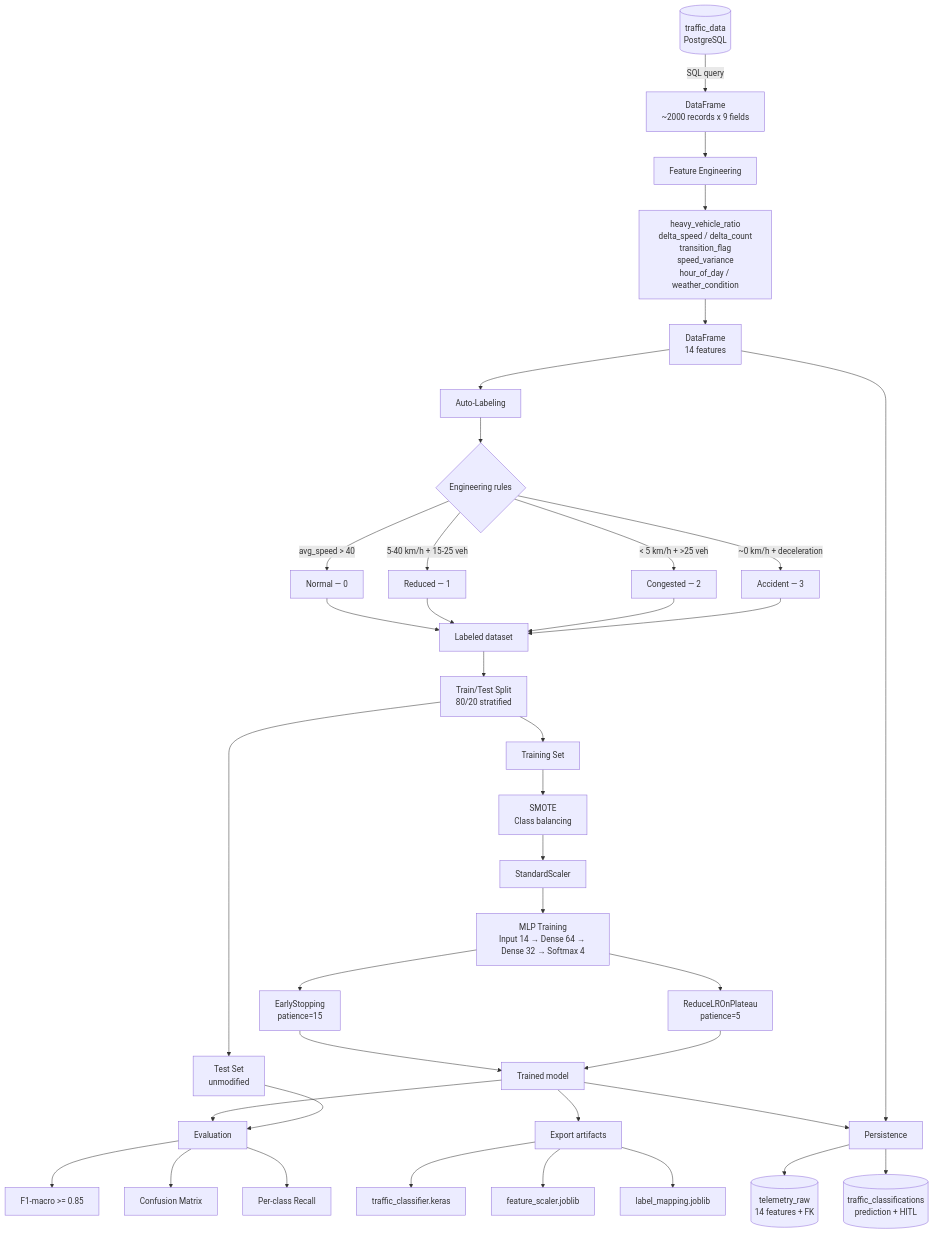
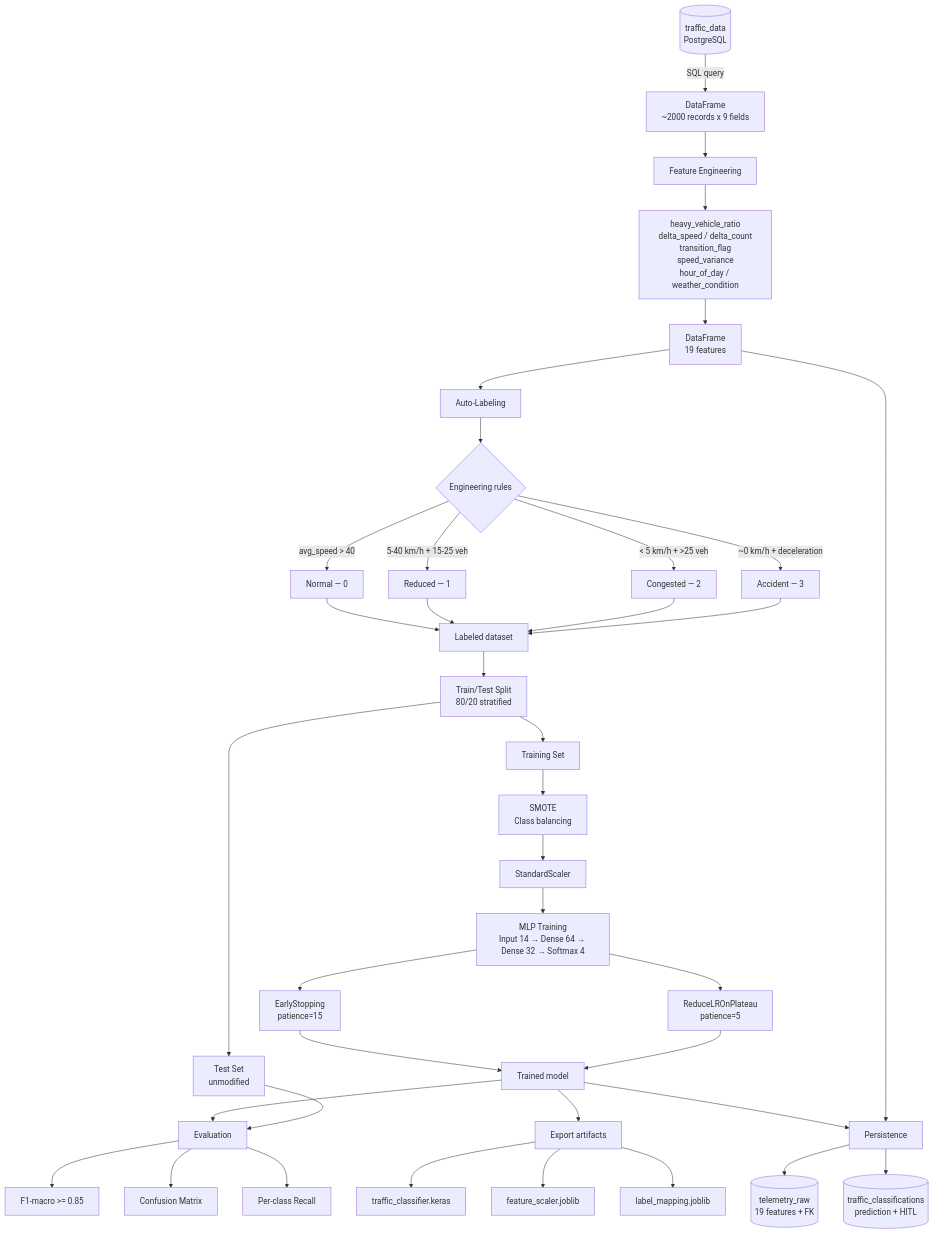
The diagram in docs/architecture/diagrams/intelligence-pipeline.md (aka-titesen/vaaet), drawn with Mermaid before and after one commit. The commit also changed other lines of this file and 114 other files, not shown here.

````diff
--- a/docs/architecture/diagrams/intelligence-pipeline.md
+++ b/docs/architecture/diagrams/intelligence-pipeline.md
@@ -8,46 +8,46 @@
 ```mermaid
 flowchart TD
     A[(traffic_data<br/>PostgreSQL)] -->|SQL query| B[DataFrame<br/>~2000 records x 9 fields]
 
     B --> C[Feature Engineering]
     C --> C1[heavy_vehicle_ratio<br/>delta_speed / delta_count<br/>transition_flag<br/>speed_variance<br/>hour_of_day / weather_condition]
-    C1 --> D[DataFrame<br/>14 features]
+    C1 --> D[DataFrame<br/>19 features]
 
     D --> E[Auto-Labeling]
     E --> E1{Engineering rules}
     E1 -->|avg_speed > 40| F0[Normal — 0]
     E1 -->|5-40 km/h + 15-25 veh| F1[Reduced — 1]
     E1 -->|< 5 km/h + >25 veh| F2[Congested — 2]
     E1 -->|~0 km/h + deceleration| F3[Accident — 3]
 
     F0 & F1 & F2 & F3 --> G[Labeled dataset]
 
     G --> H[Train/Test Split<br/>80/20 stratified]
     H --> H1[Training Set]
     H --> H2[Test Set<br/>unmodified]
 
     H1 --> I[SMOTE<br/>Class balancing]
     I --> J[StandardScaler]
 
     J --> K[MLP Training<br/>Input 14 → Dense 64 → Dense 32 → Softmax 4]
     K --> K1[EarlyStopping<br/>patience=15]
     K --> K2[ReduceLROnPlateau<br/>patience=5]
 
     K1 & K2 --> L[Trained model]
 
     L --> M[Evaluation]
     H2 --> M
     M --> M1[F1-macro >= 0.85]
     M --> M2[Confusion Matrix]
     M --> M3[Per-class Recall]
 
     L --> N[Export artifacts]
     N --> N1[traffic_classifier.keras]
     N --> N2[feature_scaler.joblib]
     N --> N3[label_mapping.joblib]
 
     L --> O[Persistence]
     D --> O
-    O --> P[(telemetry_raw<br/>14 features + FK)]
+    O --> P[(telemetry_raw<br/>19 features + FK)]
     O --> Q[(traffic_classifications<br/>prediction + HITL)]
 ```
````
